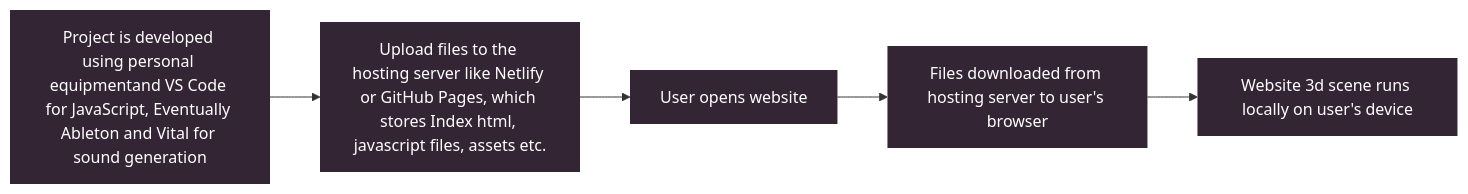
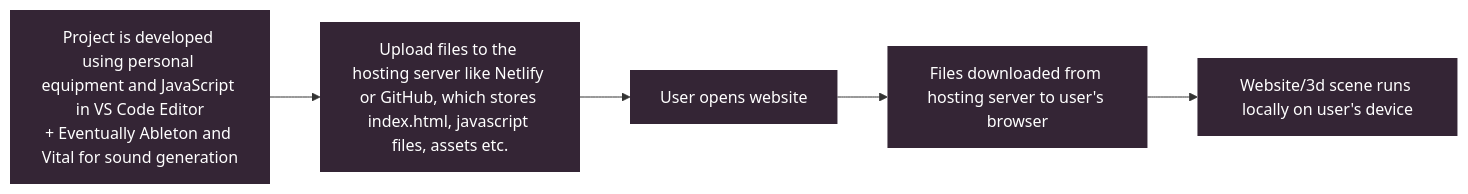
The diagram in MJ_1stTermProject_TimeSchedule.md (MariaJende/LinkedFiles), drawn with Mermaid before and after one commit.

Commit message:
1TP MD Adj

````diff
--- a/MJ_1stTermProject_TimeSchedule.md
+++ b/MJ_1stTermProject_TimeSchedule.md
@@ -74,7 +74,7 @@
 ```mermaid
 flowchart LR
-    A[Project is developed using personal equipmentand VS Code for JavaScript, Eventually Ableton and Vital for sound generation] --> B[Upload files to the hosting server like Netlify or GitHub Pages, which stores Index html, javascript files, assets etc.]
-    B --> C[User opens website] --> D[Files downloaded from hosting server to user's browser] --> E[Website 3d scene runs locally on user's device] 
+    A[Project is developed using personal equipment and JavaScript in VS Code Editor<br>+ Eventually Ableton and Vital for sound generation] --> B[Upload files to the hosting server like Netlify or GitHub, which stores index.html, javascript files, assets etc.]
+    B --> C[User opens website] --> D[Files downloaded from hosting server to user's browser] --> E[Website/3d scene runs locally on user's device] 
     classDef darkStyle fill:#342535,stroke:transparent,stroke-width:0px,color:#ffffff
     class A,B,C,D,E darkStyle
 ```
````
